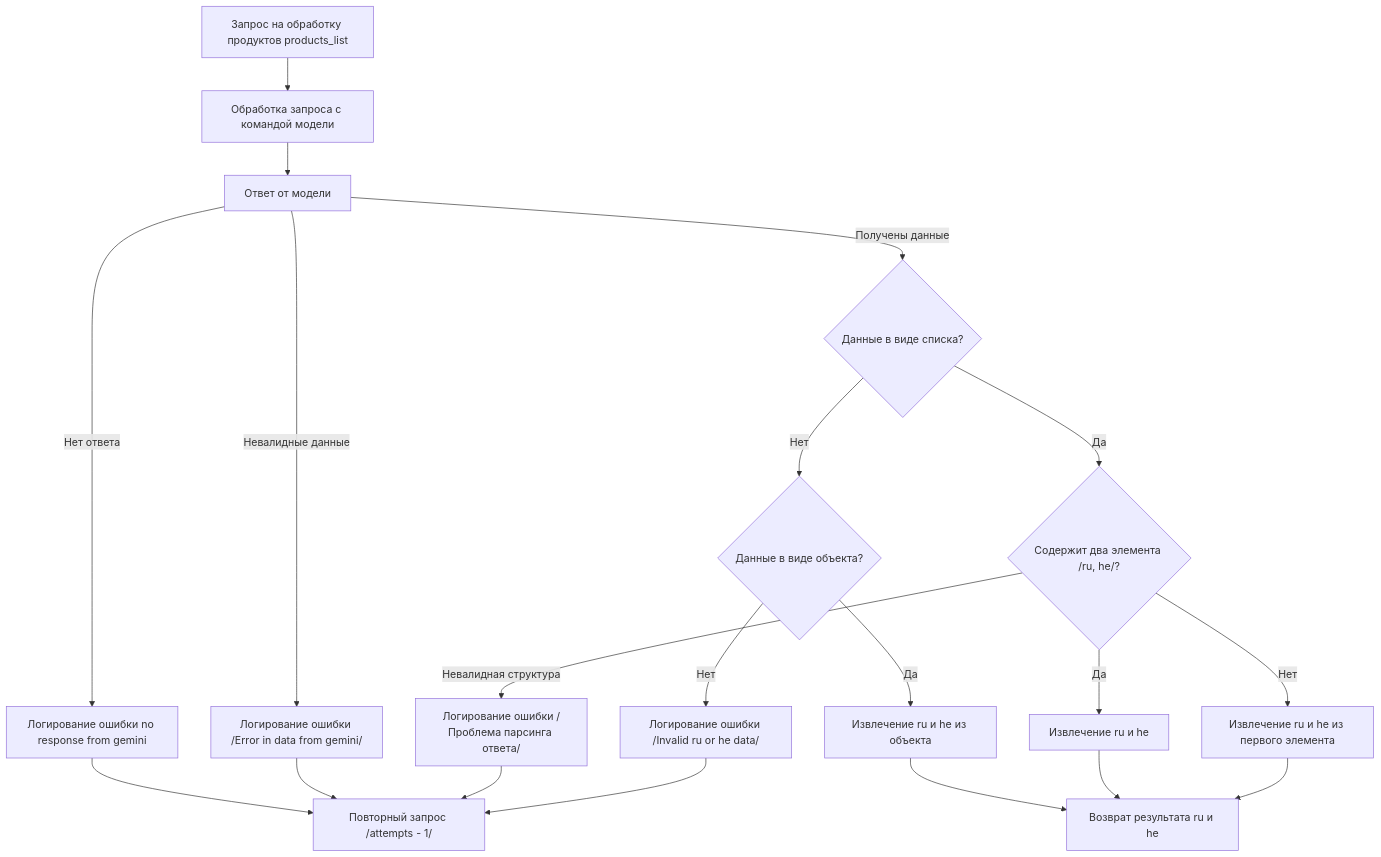
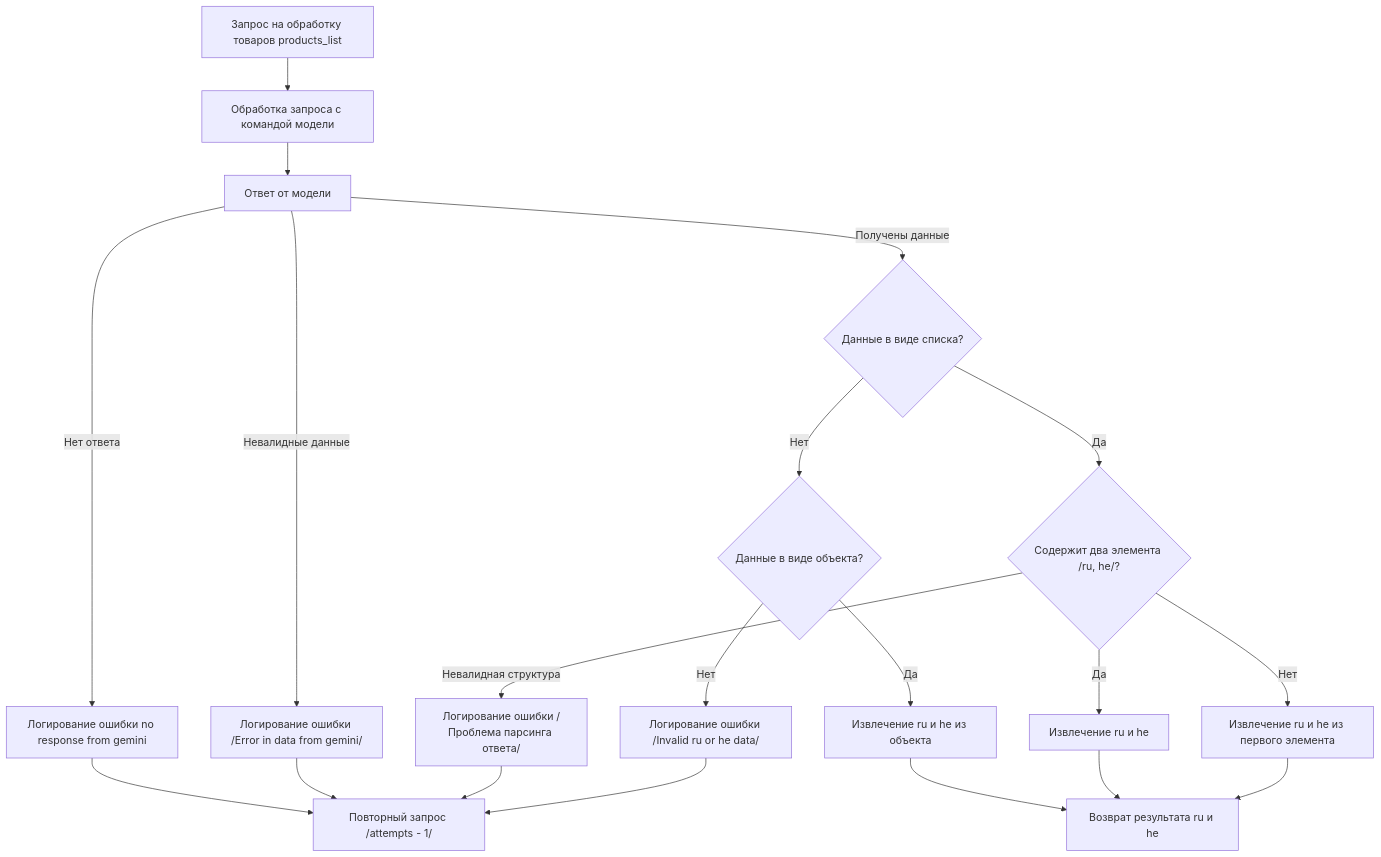
One commit to hypo69/hypotez changed the diagram in docs/gemini/en/doc/src/endpoints/kazarinov/scenarios/README.MD.md. Above: the diagram before and after it, drawn with Mermaid. The commit also changed other lines of this file and 332 other files, not shown here.

````diff
--- a/docs/gemini/en/doc/src/endpoints/kazarinov/scenarios/README.MD.md
+++ b/docs/gemini/en/doc/src/endpoints/kazarinov/scenarios/README.MD.md
@@ -13,33 +13,33 @@
 ```mermaid
 flowchart TD
-    A[Запрос на обработку продуктов products_list] --> B[Обработка запроса с командой модели]
+    A[Запрос на обработку товаров products_list] --> B[Обработка запроса с командой модели]
     B --> C[Ответ от модели]
     
     %% Проверка на отсутствие ответа
     C -->|Нет ответа| D[Логирование ошибки no response from gemini]
     D --> E[Повторный запрос /attempts - 1/]
 
     %% Проверка на валидность данных
     C -->|Невалидные данные| F[Логирование ошибки /Error in data from gemini/]
     F --> E
 
     %% Проверка на полученные данные
     C -->|Получены данные| G{Данные в виде списка?}
     G -->|Да| H{Содержит два элемента /ru, he/?}
     H -->|Да| I[Извлечение ru и he]
     H -->|Нет| J[Извлечение ru и he из первого элемента]
     H -->|Невалидная структура| K[Логирование ошибки /Проблема парсинга ответа/]
     K --> E
 
     G -->|Нет| L{Данные в виде объекта?}
     L -->|Да| M[Извлечение ru и he из объекта]
     L -->|Нет| N[Логирование ошибки /Invalid ru or he data/]
     N --> E
 
     %% Возврат результата
     M --> O[Возврат результата ru и he]
     I --> O
     J --> O
 
 
 ```
````
